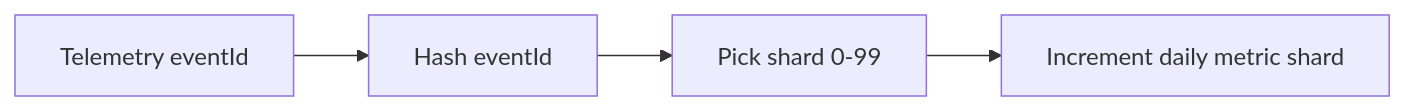
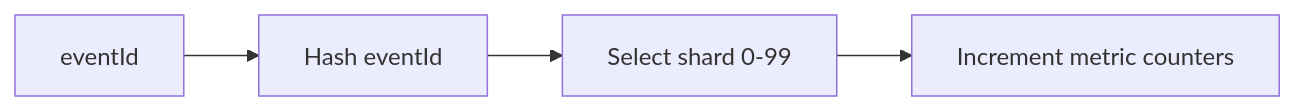
One commit to socode-dev/smartbudget changed the second of 2 diagrams in docs/backend-ai-telemetry.md. Above: the diagram before and after it, drawn with Mermaid. The commit also changed other lines of this file and 5 other files, not shown here.

Commit message:
docs: update existing documentations to match the current architecture

````diff
--- a/docs/backend-ai-telemetry.md
+++ b/docs/backend-ai-telemetry.md
@@ -244,6 +147,6 @@
 ```mermaid
 flowchart LR
-  A[Telemetry eventId] --> B[Hash eventId]
-  B --> C[Pick shard 0-99]
-  C --> D[Increment daily metric shard]
+  A[eventId] --> B[Hash eventId]
+  B --> C[Select shard 0-99]
+  C --> D[Increment metric counters]
 ```
````
